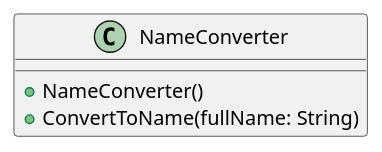
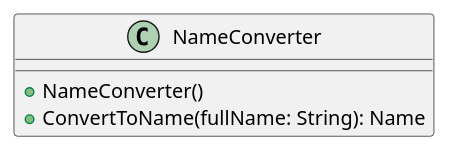
Before and after one commit to mplekunov/Assignment_3: the diagram in src/main/resources/NameConverter.puml, drawn with PlantUML. The commit also changed 22 other files, not shown here.

Commit message:
Add: PlantUML Activity Diagrams

```diff
--- a/src/main/resources/NameConverter.puml
+++ b/src/main/resources/NameConverter.puml
@@ -1,7 +1,7 @@
 @startuml
 'https://plantuml.com/class-diagram
 class NameConverter {
     +NameConverter()
-    +ConvertToName(fullName: String)
+    +ConvertToName(fullName: String): Name
 }
 @enduml
```
